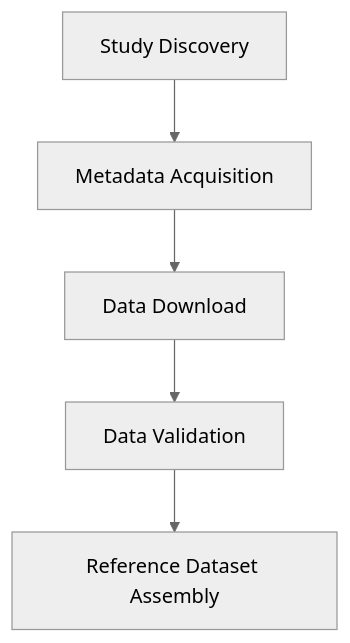
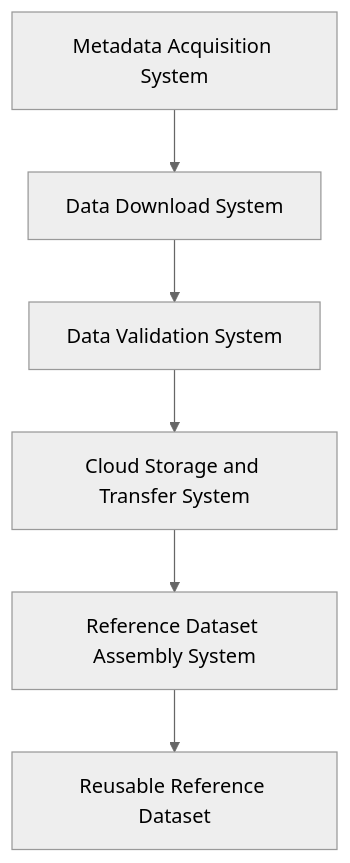
Before and after one commit to tmbuza/data-acquisition-system: the first of 2 diagrams in 08-reference-dataset-assembly-system.qmd, drawn with Mermaid (neutral theme). The commit also changed other lines of this file and 16 other files, not shown here.

````diff
--- a/08-reference-dataset-assembly-system.qmd
+++ b/08-reference-dataset-assembly-system.qmd
@@ -44,12 +44,14 @@
 ```{mermaid}
 flowchart TD
 
-A[Study Discovery]
---> B[Metadata Acquisition]
+A[Metadata Acquisition System]
+--> B[Data Download System]
 
-B --> C[Data Download]
+B --> C[Data Validation System]
 
-C --> D[Data Validation]
+C --> D[Cloud Storage and Transfer System]
 
-D --> E[Reference Dataset Assembly]
+D --> E[Reference Dataset Assembly System]
+
+E --> F[Reusable Reference Dataset]
 ```
````
